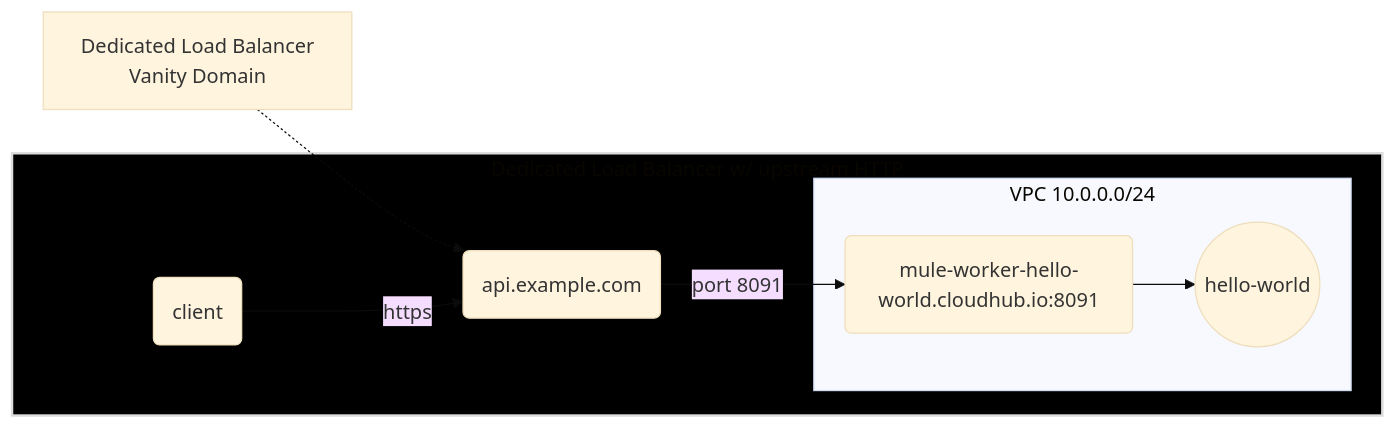
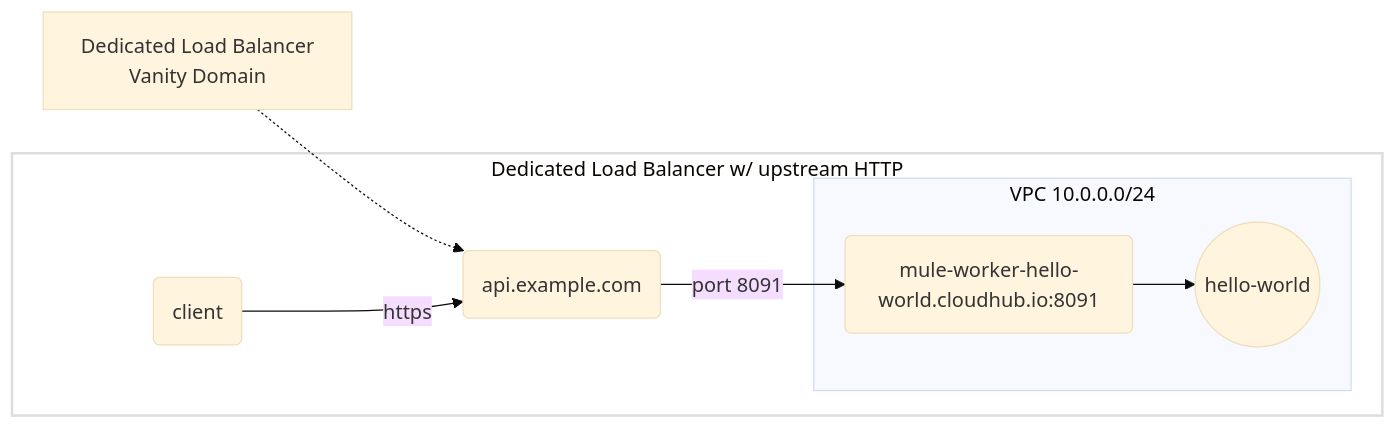
The third of 5 diagrams in _posts/2021/2021-01-02-netcat-mulesoft-cloudhub.md (dhimate/dhimate.github.io), drawn with Mermaid (base theme) before and after one commit. The commit also changed other lines of this file, not shown here.

Commit message:
Updated mermaid syntax

```diff
--- a/_posts/2021/2021-01-02-netcat-mulesoft-cloudhub.md
+++ b/_posts/2021/2021-01-02-netcat-mulesoft-cloudhub.md
@@ -65,12 +65,12 @@
 <pre class="mermaid">
 flowchart LR
    l1[Dedicated Load Balancer<br/>Vanity Domain]-.->c1 
     subgraph C[Dedicated Load Balancer w/ upstream HTTP]
         u(client)--https-->c1
         c1(api.example.com<br/>)--port 8091-->a1
         subgraph VPC 10.0.0.0/24
         a1(mule-worker-hello-world.cloudhub.io:8091)-->id1((hello-world))
         end
     end
- style C fill:#000,stroke:#DDD,stroke-width:2px,font-face:Ubuntu
+ style C fill:#FFF,stroke:#DDD,stroke-width:2px,font-face:Ubuntu
 </pre>
```
